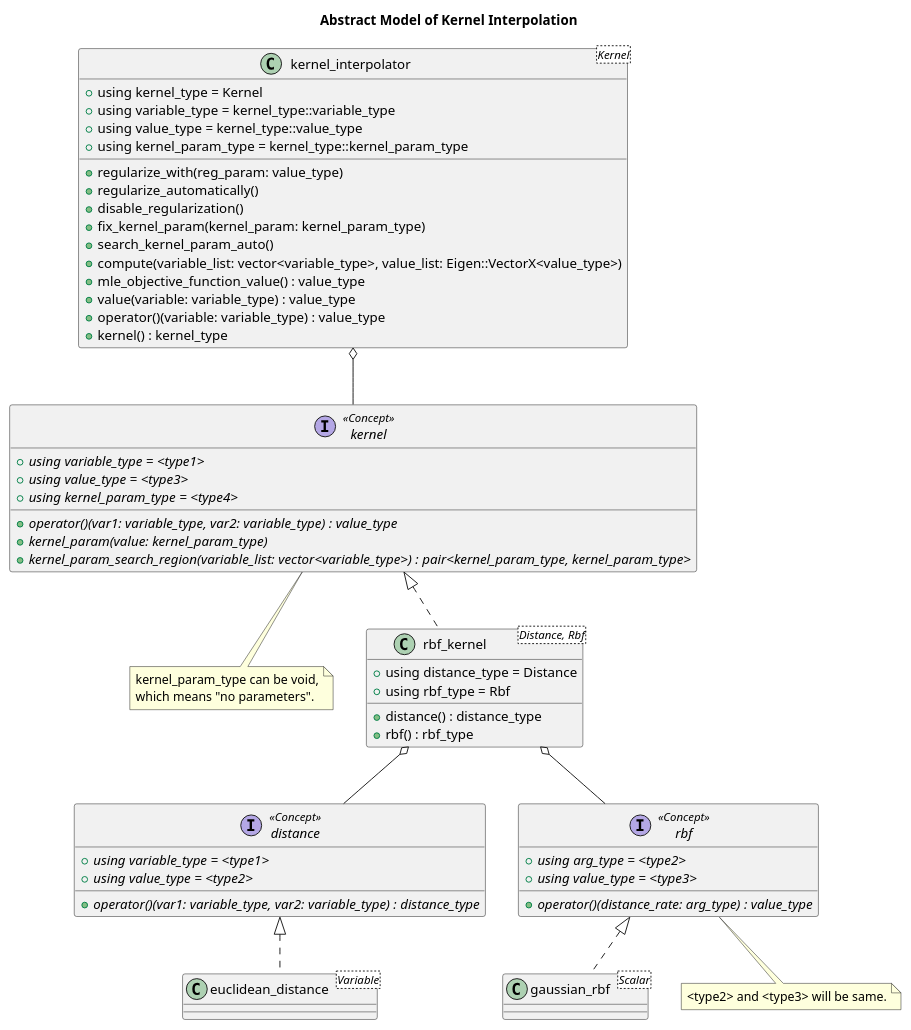
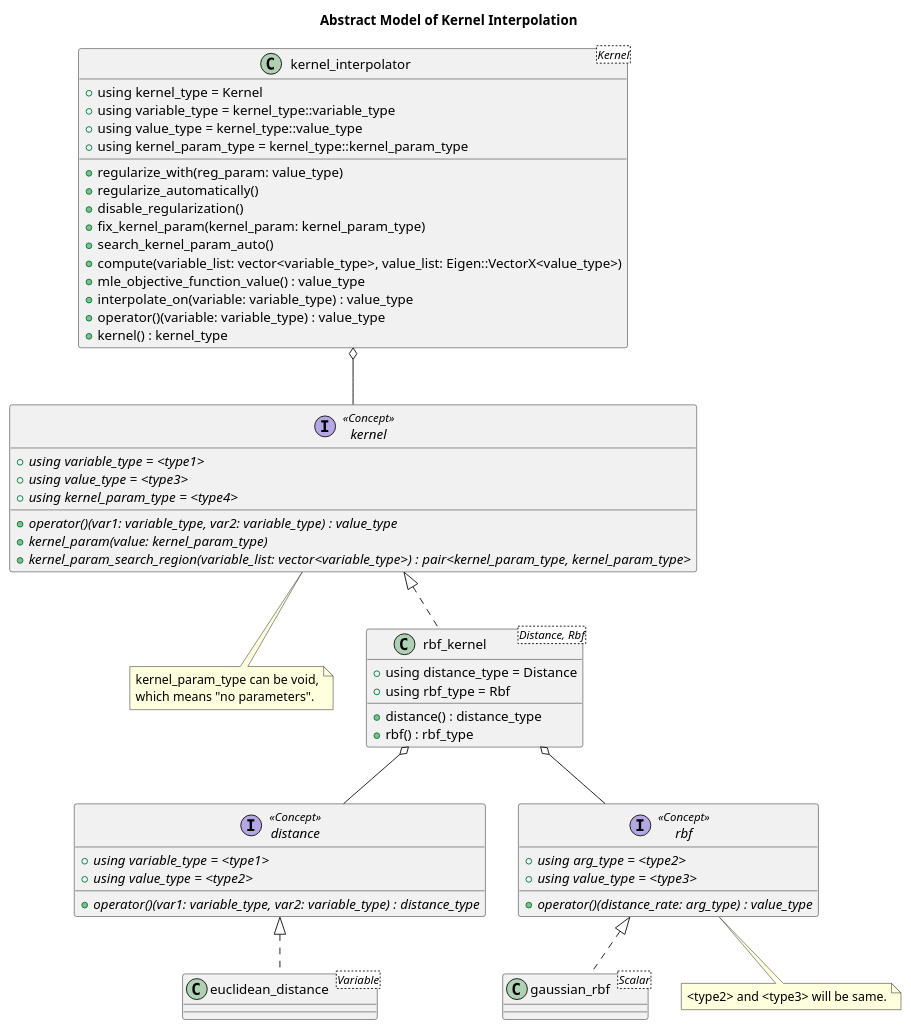
Before and after one commit to MusicScience37/numerical-collection-cpp: the diagram in doc/sphinx/src/basic_design/interp.rst, drawn with PlantUML. The commit also changed 4 other files, not shown here.

```diff
--- a/doc/sphinx/src/basic_design/interp.rst
+++ b/doc/sphinx/src/basic_design/interp.rst
@@ -7,69 +7,69 @@
 .. uml::
 
     title Abstract Model of Kernel Interpolation
 
     interface distance <<Concept>> {
         {abstract} + using variable_type = <type1>
         {abstract} + using value_type = <type2>
         {abstract} + operator()(var1: variable_type, var2: variable_type) : distance_type
     }
 
     class euclidean_distance<Variable>
     distance <|.. euclidean_distance
 
     interface rbf <<Concept>> {
         {abstract} + using arg_type = <type2>
         {abstract} + using value_type = <type3>
         {abstract} + operator()(distance_rate: arg_type) : value_type
     }
 
     class gaussian_rbf<Scalar>
     rbf <|.. gaussian_rbf
 
     note as type23_note
         <type2> and <type3> will be same.
     endnote
     rbf .. type23_note
 
     interface kernel <<Concept>> {
         {abstract} + using variable_type = <type1>
         {abstract} + using value_type = <type3>
         {abstract} + using kernel_param_type = <type4>
         {abstract} + operator()(var1: variable_type, var2: variable_type) : value_type
         {abstract} + kernel_param(value: kernel_param_type)
         {abstract} + kernel_param_search_region(variable_list: vector<variable_type>) : pair<kernel_param_type, kernel_param_type>
     }
 
     note as kernel_param_type_note
         kernel_param_type can be void,
         which means "no parameters".
     endnote
     kernel .. kernel_param_type_note
 
     class rbf_kernel<Distance, Rbf> {
         + using distance_type = Distance
         + using rbf_type = Rbf
         + distance() : distance_type
         + rbf() : rbf_type
     }
     kernel <|.. rbf_kernel
     rbf_kernel o-- distance
     rbf_kernel o-- rbf
 
     class kernel_interpolator<Kernel> {
         + using kernel_type = Kernel
         + using variable_type = kernel_type::variable_type
         + using value_type = kernel_type::value_type
         + using kernel_param_type = kernel_type::kernel_param_type
         + regularize_with(reg_param: value_type)
         + regularize_automatically()
         + disable_regularization()
         + fix_kernel_param(kernel_param: kernel_param_type)
         + search_kernel_param_auto()
         + compute(variable_list: vector<variable_type>, value_list: Eigen::VectorX<value_type>)
         + mle_objective_function_value() : value_type
-        + value(variable: variable_type) : value_type
+        + interpolate_on(variable: variable_type) : value_type
         + operator()(variable: variable_type) : value_type
         + kernel() : kernel_type
     }
     kernel_interpolator o-- kernel
```
